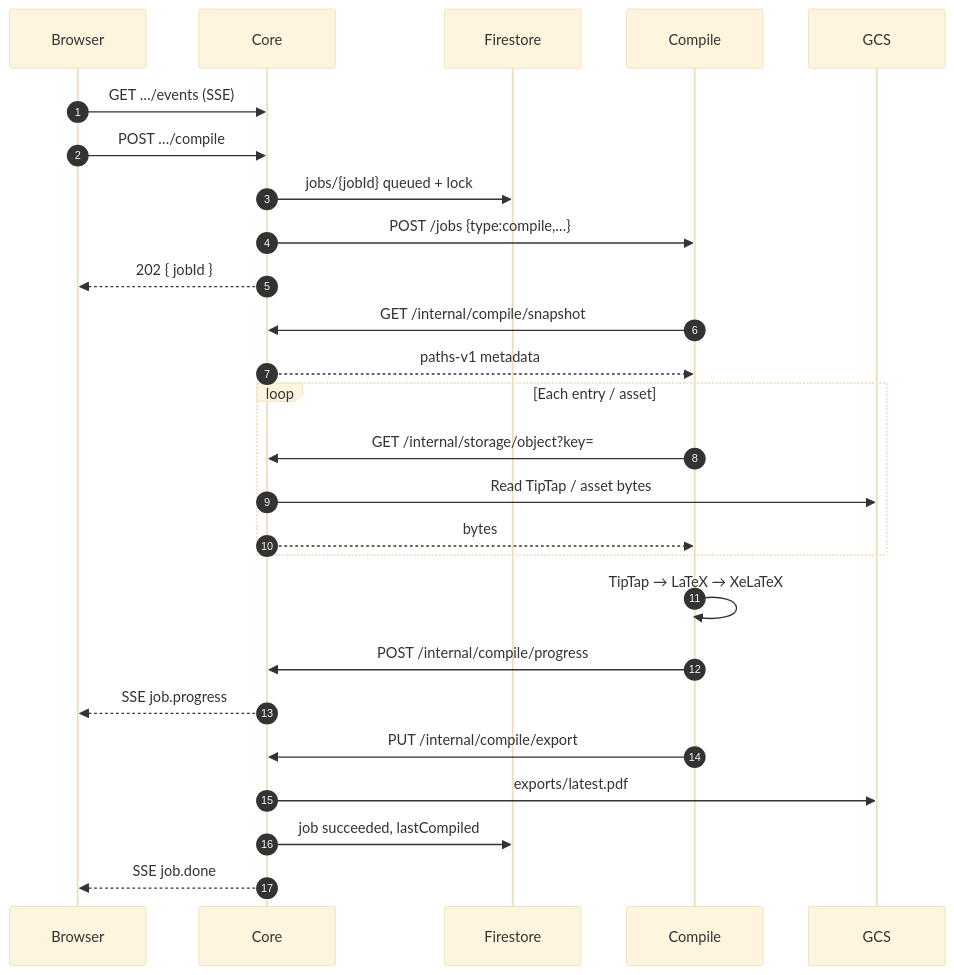
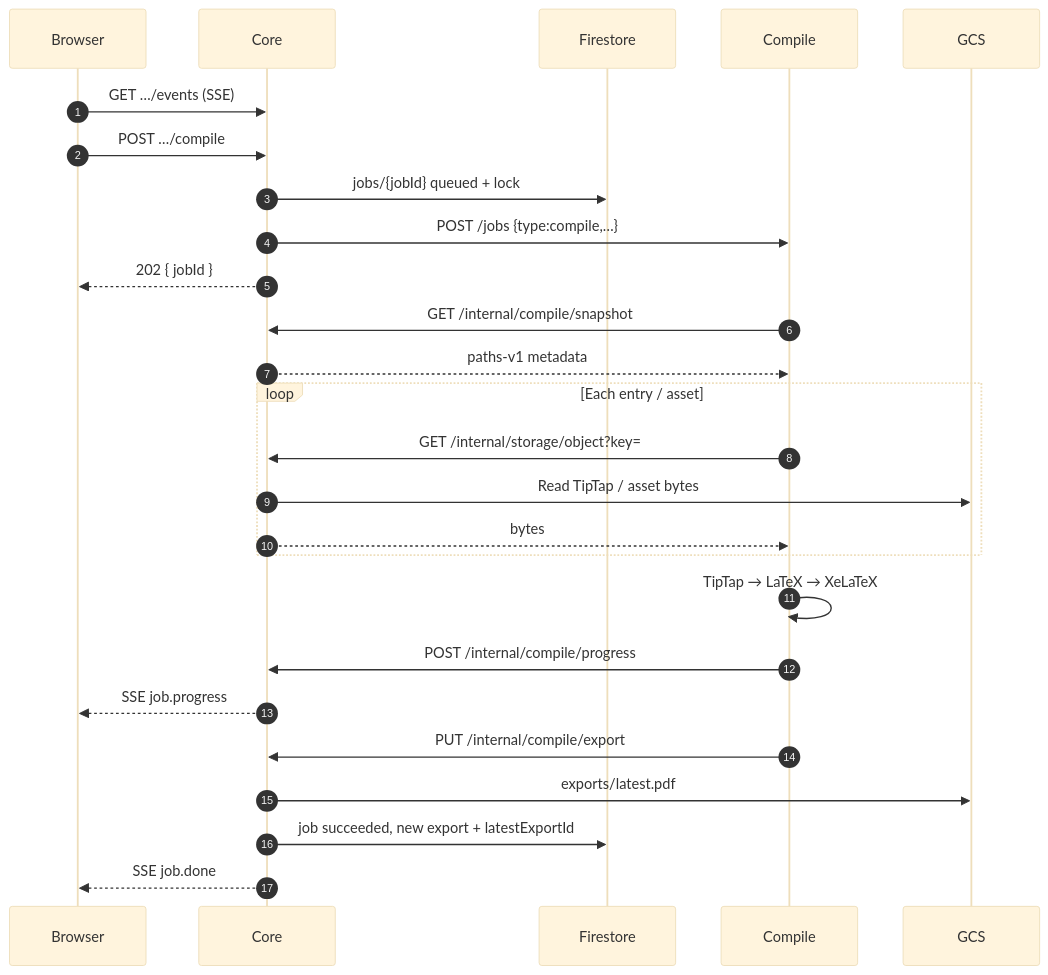
Before and after one commit to msoe-vex/engineering-notebook-editor: the third of 8 diagrams in docs/02-architecture/diagrams.md, drawn with Mermaid (base theme). The commit also changed 33 other files, not shown here.

````diff
--- a/docs/02-architecture/diagrams.md
+++ b/docs/02-architecture/diagrams.md
@@ -94,29 +94,29 @@
 ```mermaid
 sequenceDiagram
   autonumber
   participant B as Browser
   participant Core
   participant FS as Firestore
   participant Compile
   participant GCS
 
   B->>Core: GET …/events (SSE)
   B->>Core: POST …/compile
   Core->>FS: jobs/{jobId} queued + lock
   Core->>Compile: POST /jobs {type:compile,…}
   Core-->>B: 202 { jobId }
   Compile->>Core: GET /internal/compile/snapshot
   Core-->>Compile: paths-v1 metadata
   loop Each entry / asset
     Compile->>Core: GET /internal/storage/object?key=
     Core->>GCS: Read TipTap / asset bytes
     Core-->>Compile: bytes
   end
   Compile->>Compile: TipTap → LaTeX → XeLaTeX
   Compile->>Core: POST /internal/compile/progress
   Core-->>B: SSE job.progress
   Compile->>Core: PUT /internal/compile/export
   Core->>GCS: exports/latest.pdf
-  Core->>FS: job succeeded, lastCompiled
+  Core->>FS: job succeeded, new export + latestExportId
   Core-->>B: SSE job.done
 ```
````
